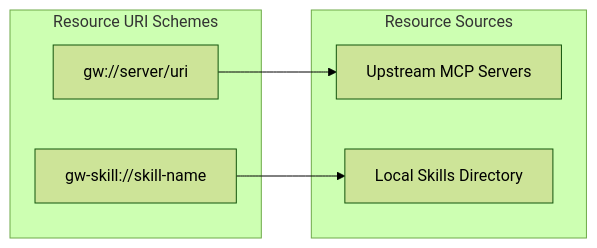
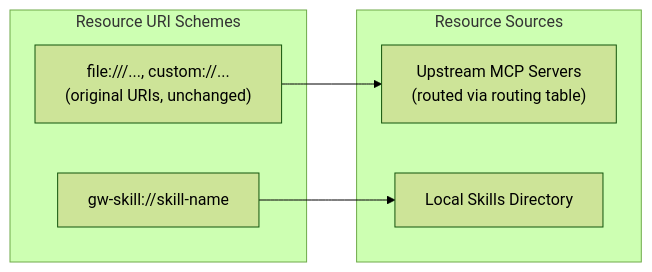
Before and after one commit to karashiiro/my-cool-proxy: the first of 5 diagrams in docs/design/skills.md, drawn with Mermaid (forest theme). The commit also changed other lines of this file and 8 other files, not shown here.

````diff
--- a/docs/design/skills.md
+++ b/docs/design/skills.md
@@ -25,15 +25,15 @@
 ```mermaid
 flowchart LR
     subgraph URIs["Resource URI Schemes"]
-        GW["gw://server/uri"]
+        Upstream_URI["file:///..., custom://...<br/>(original URIs, unchanged)"]
         Skill["gw-skill://skill-name"]
     end
 
     subgraph Sources["Resource Sources"]
-        Upstream["Upstream MCP Servers"]
+        Upstream["Upstream MCP Servers<br/>(routed via routing table)"]
         Local["Local Skills Directory"]
     end
 
-    GW --> Upstream
+    Upstream_URI --> Upstream
     Skill --> Local
 ```
````
